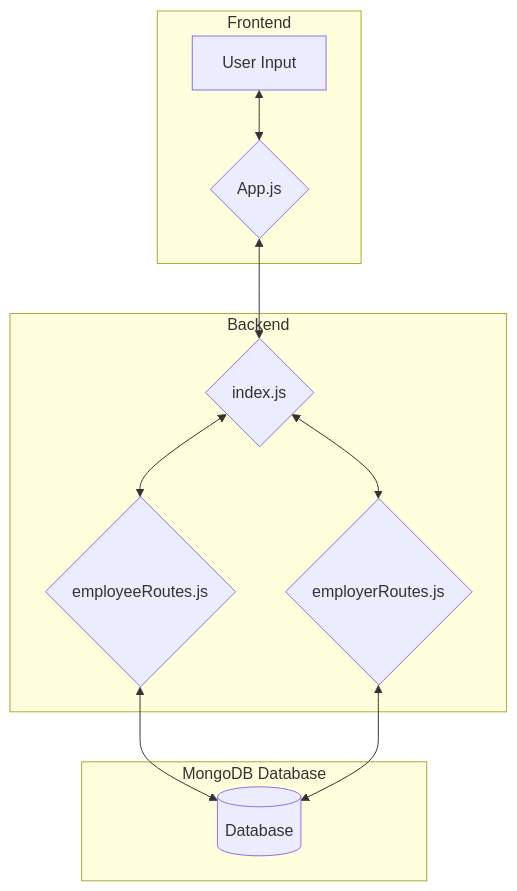
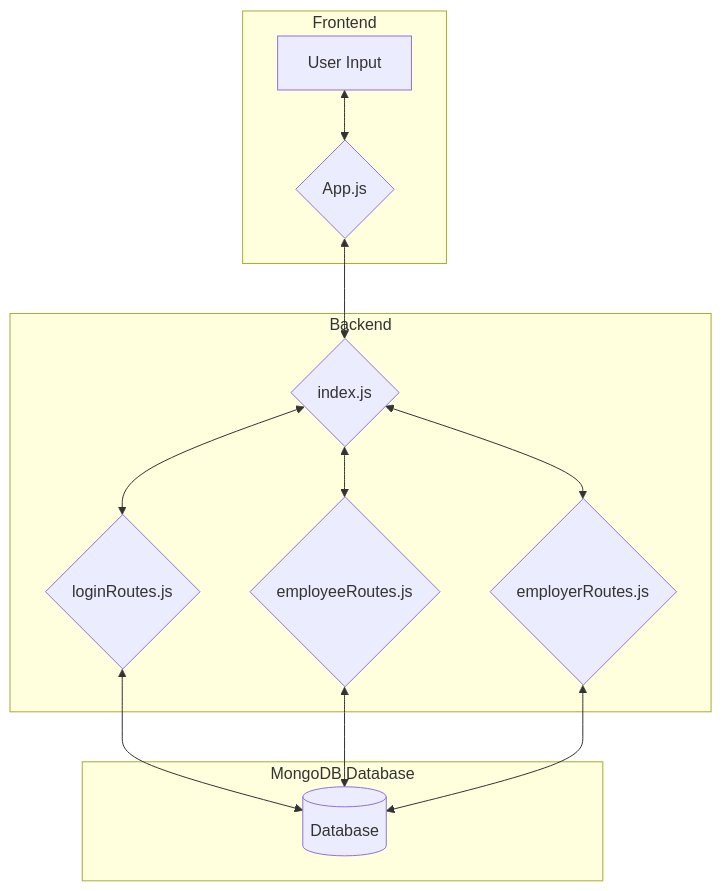
One commit to Sha3-git/REC24 changed the diagram in README.md. Above: the diagram before and after it, drawn with Mermaid.

````diff
--- a/README.md
+++ b/README.md
@@ -17,19 +17,21 @@
 ```mermaid
 flowchart TD
 subgraph Frontend
 A[User Input] <--> B{App.js}
 end
 
 subgraph Backend
 B <--> C{index.js}
-C <--> D{employeeRoutes.js}
-C <--> E{employerRoutes.js}
+C <--> D{loginRoutes.js}
+C <--> E{employeeRoutes.js}
+C <--> F{employerRoutes.js}
 
 end
 
 subgraph MongoDB Database
-D <--> F[(Database)]
-E <--> F[(Database)]
+D <--> G[(Database)]
+E <--> G[(Database)]
+F <--> G[(Database)]
 
 end
 ```
````
